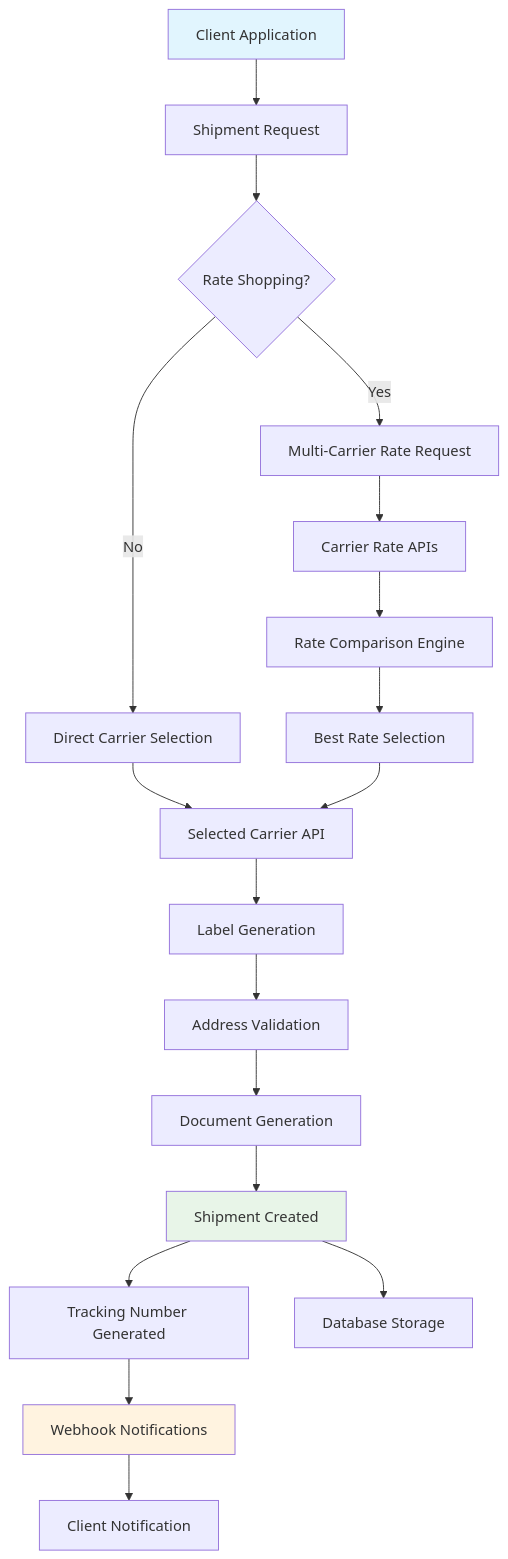
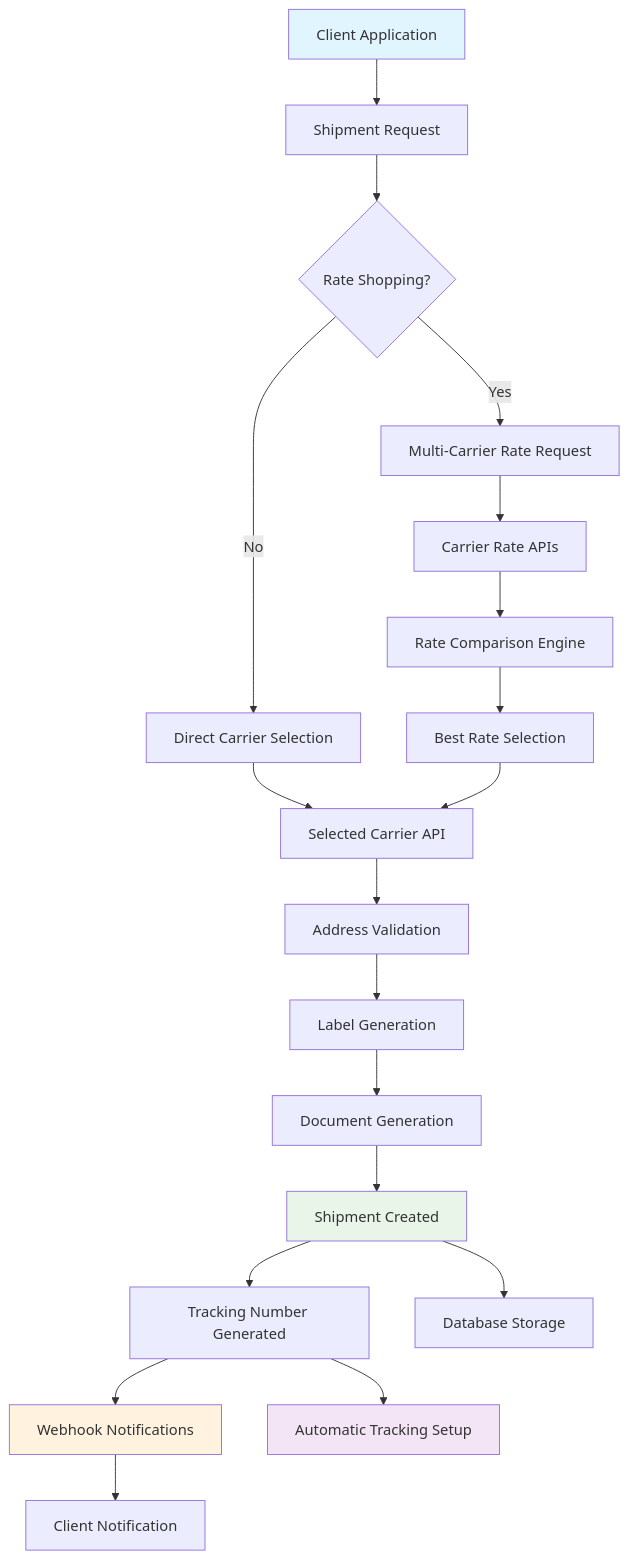
The diagram in apps/web/src/app/docs/products/shipments/page.mdx (karrioapi/karrio), drawn with Mermaid before and after one commit. The commit also changed other lines of this file and 27 other files, not shown here.

````diff
--- a/apps/web/src/app/docs/products/shipments/page.mdx
+++ b/apps/web/src/app/docs/products/shipments/page.mdx
@@ -35,30 +72,32 @@
 ```mermaid
 flowchart TD
     A[Client Application] --> B[Shipment Request]
     B --> C{Rate Shopping?}
 
     C -->|Yes| D[Multi-Carrier Rate Request]
     C -->|No| E[Direct Carrier Selection]
 
     D --> F[Carrier Rate APIs]
     F --> G[Rate Comparison Engine]
     G --> H[Best Rate Selection]
 
     E --> I[Selected Carrier API]
     H --> I
 
-    I --> J[Label Generation]
-    J --> K[Address Validation]
+    I --> J[Address Validation]
+    J --> K[Label Generation]
     K --> L[Document Generation]
 
     L --> M[Shipment Created]
     M --> N[Tracking Number Generated]
     N --> O[Webhook Notifications]
 
     O --> P[Client Notification]
     M --> Q[Database Storage]
+    N --> R[Automatic Tracking Setup]
 
     style A fill:#e1f5fe
     style M fill:#e8f5e8
     style O fill:#fff3e0
+    style R fill:#f3e5f5
 ```
````
